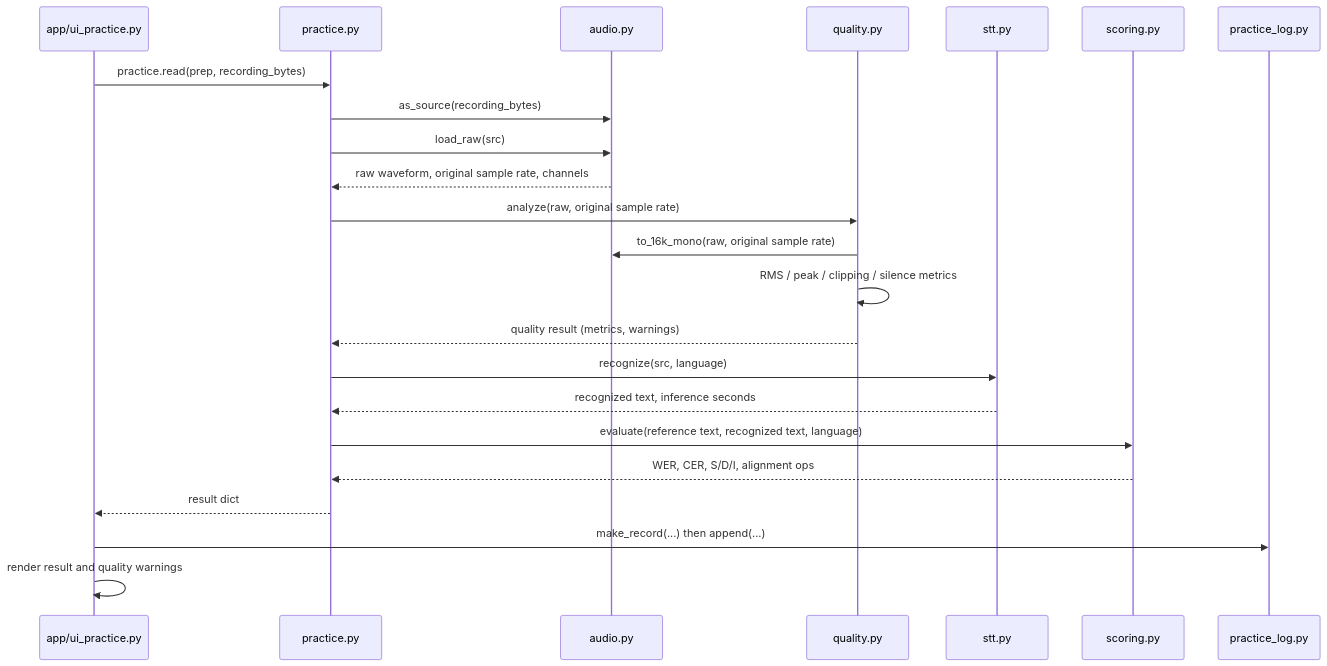
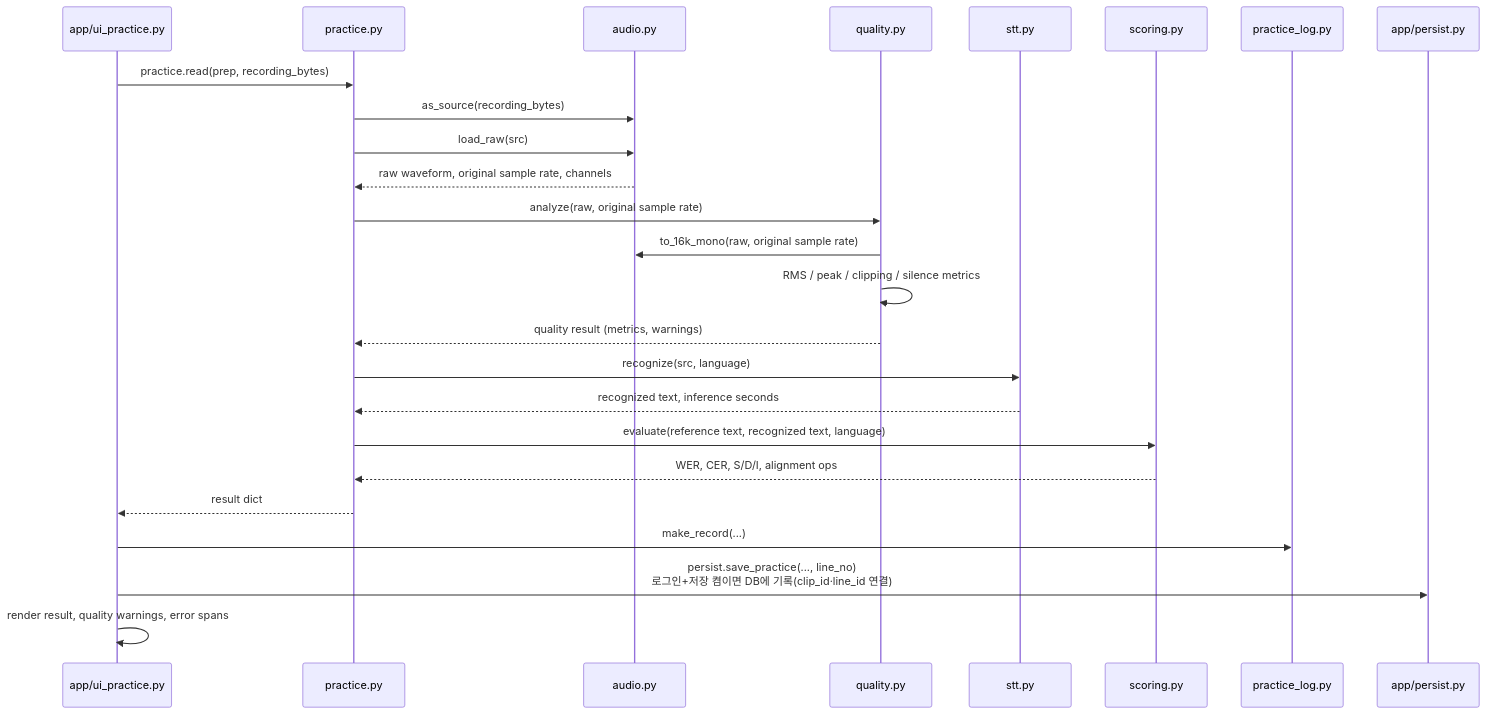
One commit to greenkey20/song-lingo changed the fifth of 12 diagrams in docs/module_structures_and_data_flow.md. Above: the diagram before and after it, drawn with Mermaid. The commit also changed other lines of this file and 4 other files, not shown here.

````diff
--- a/docs/module_structures_and_data_flow.md
+++ b/docs/module_structures_and_data_flow.md
@@ -183,26 +223,28 @@
 ```mermaid
 sequenceDiagram
     participant UI as app/ui_practice.py
     participant P as practice.py
     participant A as audio.py
     participant Q as quality.py
     participant S as stt.py
     participant C as scoring.py
     participant L as practice_log.py
+    participant PS as app/persist.py
 
     UI->>P: practice.read(prep, recording_bytes)
     P->>A: as_source(recording_bytes)
     P->>A: load_raw(src)
     A-->>P: raw waveform, original sample rate, channels
     P->>Q: analyze(raw, original sample rate)
     Q->>A: to_16k_mono(raw, original sample rate)
     Q->>Q: RMS / peak / clipping / silence metrics
     Q-->>P: quality result (metrics, warnings)
     P->>S: recognize(src, language)
     S-->>P: recognized text, inference seconds
     P->>C: evaluate(reference text, recognized text, language)
     C-->>P: WER, CER, S/D/I, alignment ops
     P-->>UI: result dict
-    UI->>L: make_record(...) then append(...)
-    UI->>UI: render result and quality warnings
+    UI->>L: make_record(...)
+    UI->>PS: persist.save_practice(..., line_no)<br/>로그인+저장 켬이면 DB에 기록(clip_id·line_id 연결)
+    UI->>UI: render result, quality warnings, error spans
 ```
````
